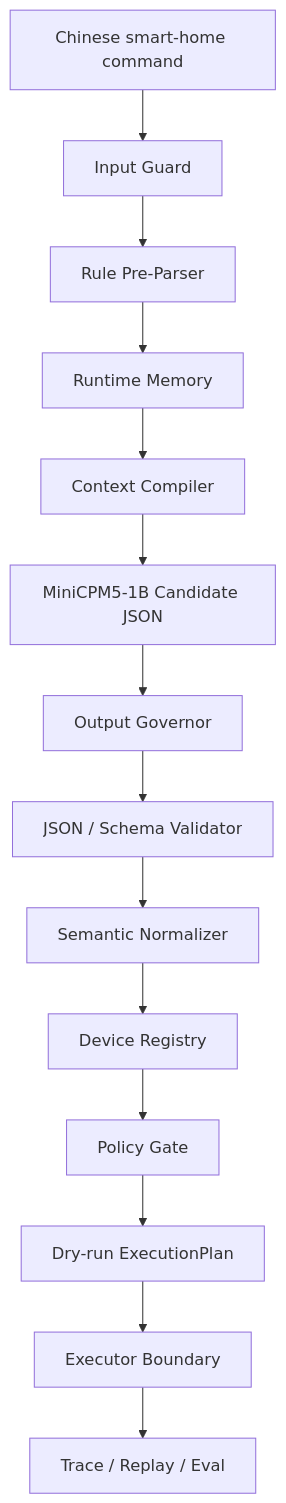
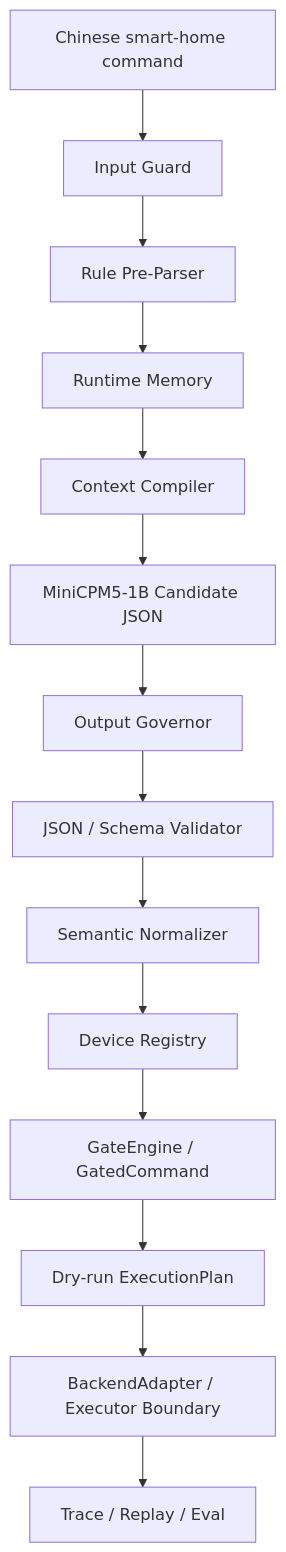
Before and after one commit to yushui2022/EdgeHome-Harness: the diagram in README.md, drawn with Mermaid. The commit also changed other lines of this file and 9 other files, not shown here.

````diff
--- a/README.md
+++ b/README.md
@@ -166,16 +192,16 @@
 ```mermaid
 flowchart TD
     A["Chinese smart-home command"] --> B["Input Guard"]
     B --> C["Rule Pre-Parser"]
     C --> D["Runtime Memory"]
     D --> E["Context Compiler"]
     E --> F["MiniCPM5-1B Candidate JSON"]
     F --> G["Output Governor"]
     G --> H["JSON / Schema Validator"]
     H --> I["Semantic Normalizer"]
     I --> J["Device Registry"]
-    J --> K["Policy Gate"]
+    J --> K["GateEngine / GatedCommand"]
     K --> L["Dry-run ExecutionPlan"]
-    L --> M["Executor Boundary"]
+    L --> M["BackendAdapter / Executor Boundary"]
     M --> N["Trace / Replay / Eval"]
 ```
````
